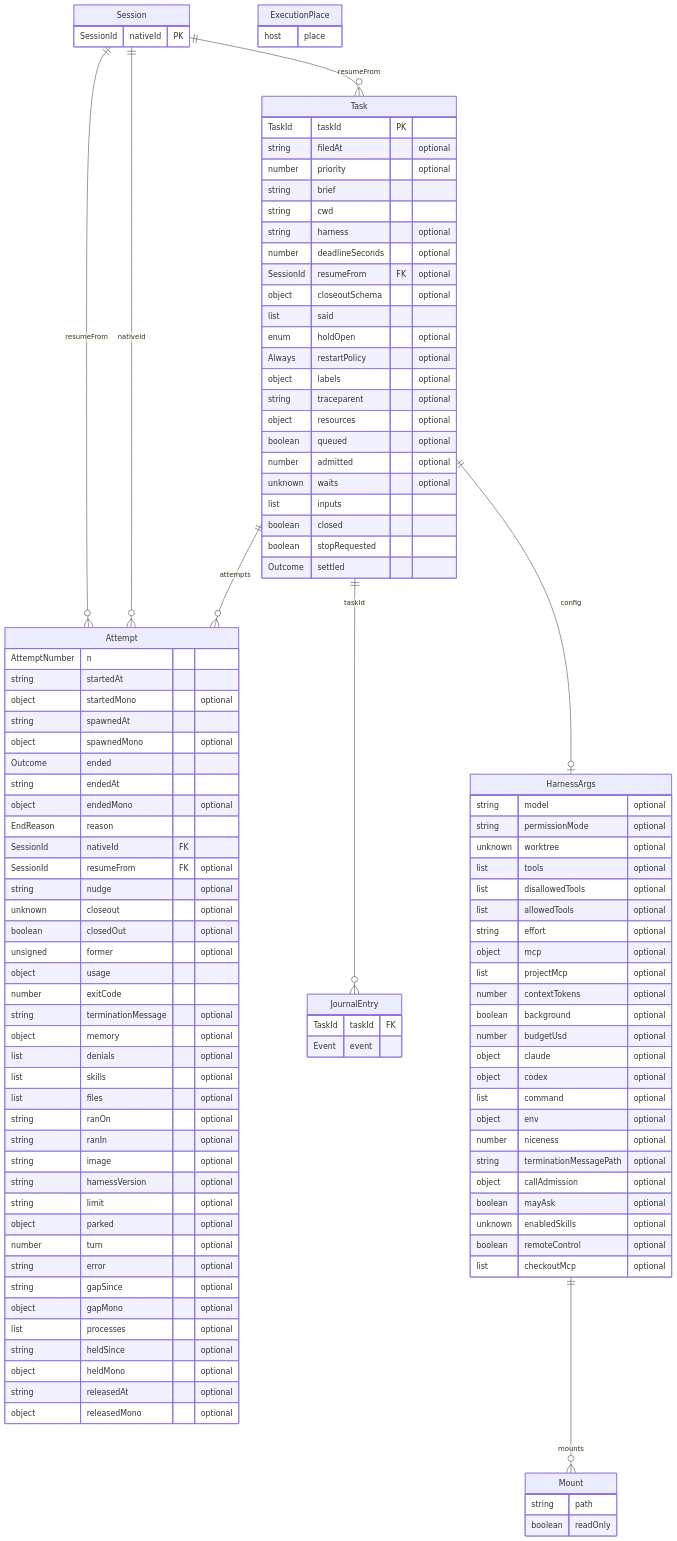
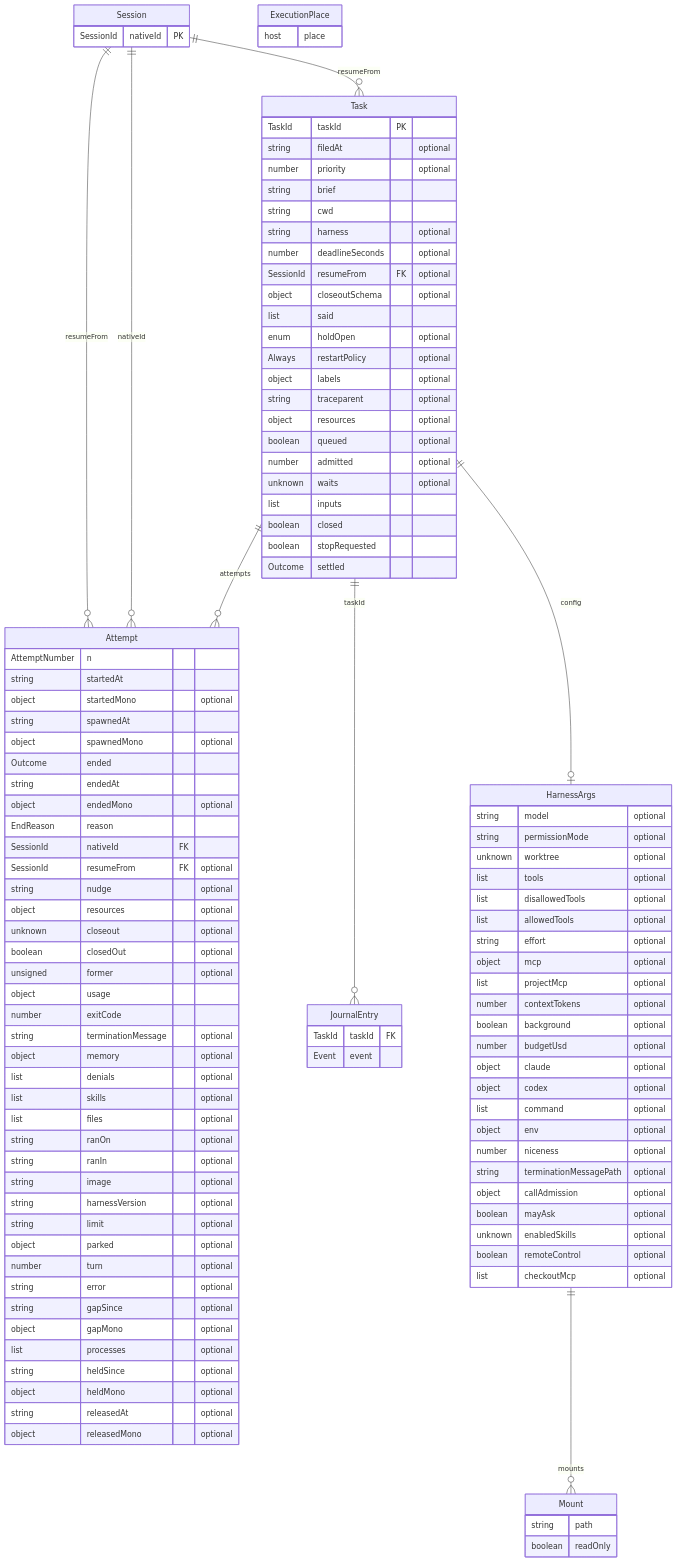
One commit to emyann/nemia changed the diagram in packages/agent-runtime/docs/model.md. Above: the diagram before and after it, drawn with Mermaid.

Commit message:
runtime: the model diagram draws an attempt's resources

```diff
--- a/packages/agent-runtime/docs/model.md
+++ b/packages/agent-runtime/docs/model.md
@@ -58,6 +58,7 @@
     SessionId nativeId FK
     SessionId resumeFrom FK "optional"
     string nudge "optional"
+    object resources "optional"
     unknown closeout "optional"
     boolean closedOut "optional"
     unsigned former "optional"
```
